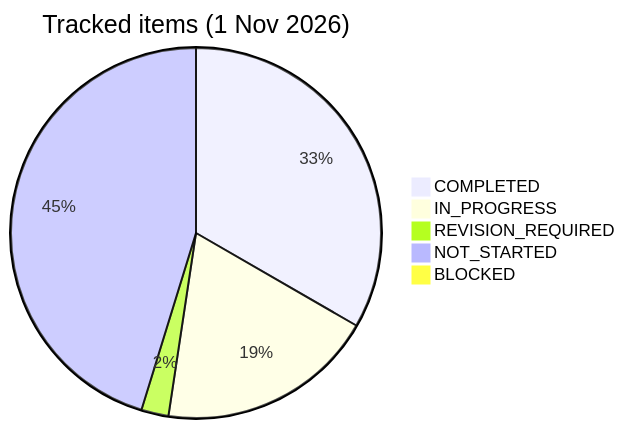
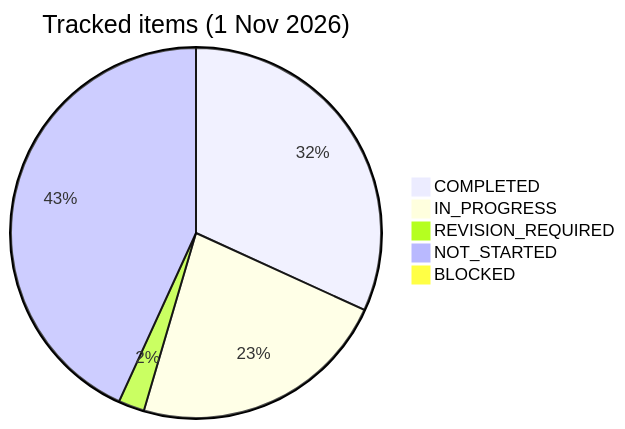
The diagram in PROGRESS.md (PrashantSury/java-switch-journey), drawn with Mermaid before and after one commit. The commit also changed other lines of this file and 3 other files, not shown here.

````diff
--- a/PROGRESS.md
+++ b/PROGRESS.md
@@ -186,8 +189,8 @@
 ```mermaid
 pie title Tracked items (1 Nov 2026)
   "COMPLETED" : 14
-  "IN_PROGRESS" : 8
+  "IN_PROGRESS" : 10
   "REVISION_REQUIRED" : 1
   "NOT_STARTED" : 19
   "BLOCKED" : 0
 ```
````
